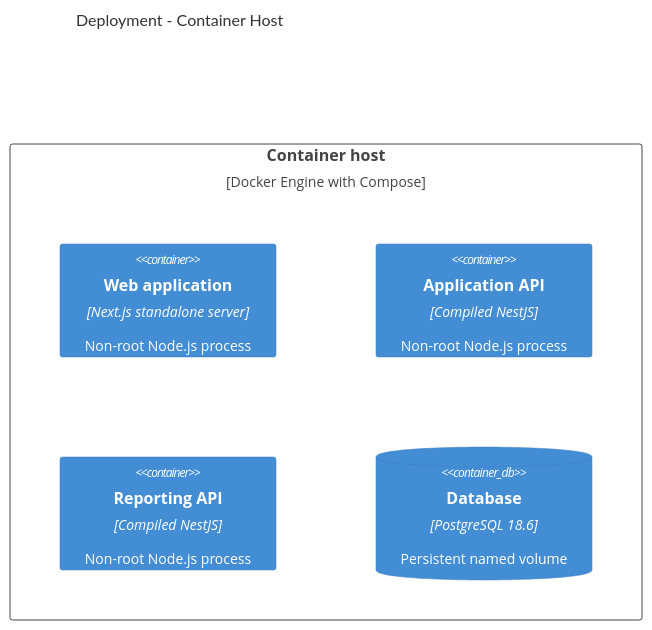
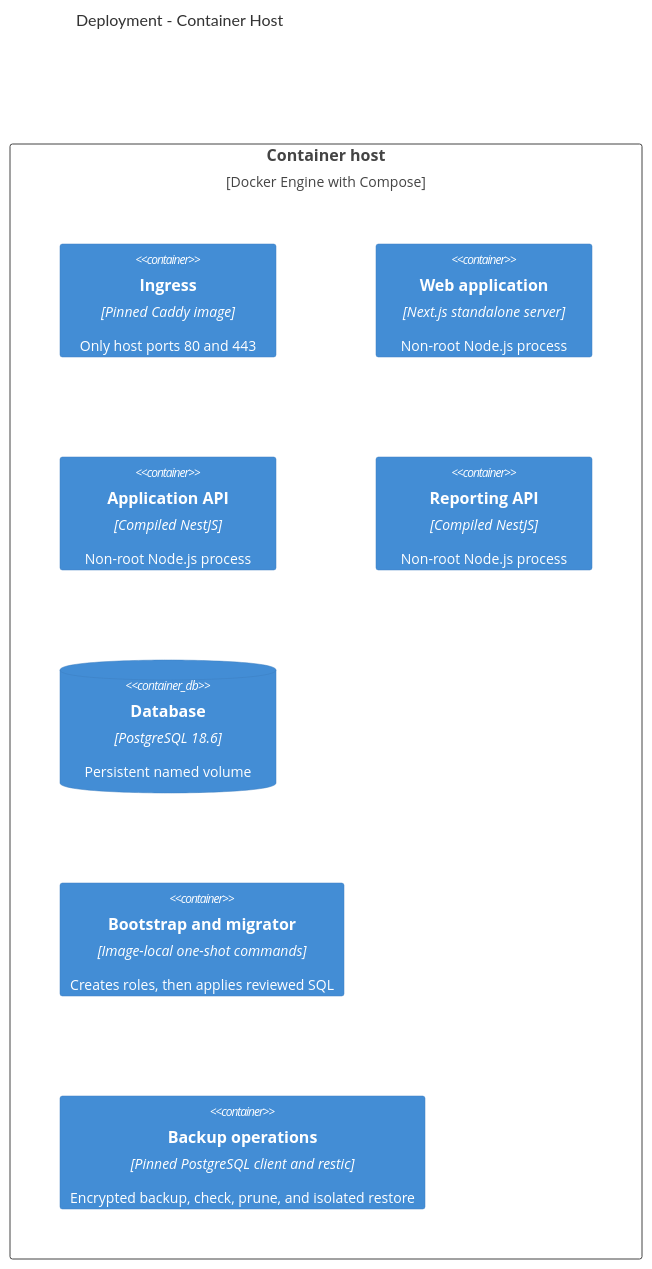
The fourth of 4 diagrams in ARCHITECTURE.md (hlebtkachenko/analytics), drawn with Mermaid before and after one commit. The commit also changed other lines of this file and 160 other files, not shown here.

````diff
--- a/ARCHITECTURE.md
+++ b/ARCHITECTURE.md
@@ -72,11 +88,14 @@
 ```mermaid
 C4Deployment
   title Deployment - Container Host
 
   Deployment_Node(host, "Container host", "Docker Engine with Compose") {
+    Container(caddy, "Ingress", "Pinned Caddy image", "Only host ports 80 and 443")
     Container(web, "Web application", "Next.js standalone server", "Non-root Node.js process")
     Container(api, "Application API", "Compiled NestJS", "Non-root Node.js process")
     Container(reporting, "Reporting API", "Compiled NestJS", "Non-root Node.js process")
     ContainerDb(database, "Database", "PostgreSQL 18.6", "Persistent named volume")
+    Container(bootstrap, "Bootstrap and migrator", "Image-local one-shot commands", "Creates roles, then applies reviewed SQL")
+    Container(backup, "Backup operations", "Pinned PostgreSQL client and restic", "Encrypted backup, check, prune, and isolated restore")
   }
 ```
````
